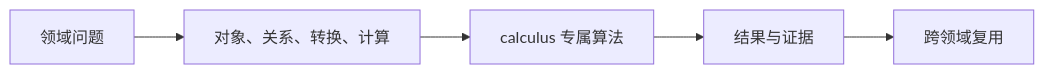
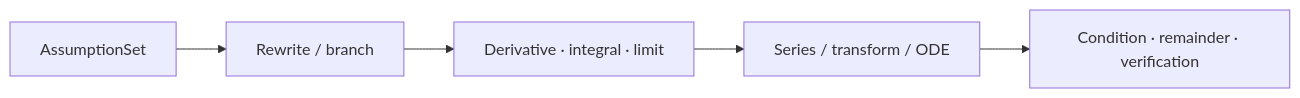
Before and after one commit to ai4waifu/athena.rs: the first of 3 diagrams in projects/athena-engine/src/domains/calculus/readme.md, drawn with Mermaid. The commit also changed other lines of this file and 21 other files, not shown here.

````diff
--- a/projects/athena-engine/src/domains/calculus/readme.md
+++ b/projects/athena-engine/src/domains/calculus/readme.md
@@ -15,7 +15,7 @@
 ```mermaid
 flowchart LR
-    Problem["领域问题"] --> Decompose["对象、关系、转换、计算"]
-    Decompose --> Algorithm["calculus 专属算法"]
-    Algorithm --> Evidence["结果与证据"]
-    Evidence --> Cross["跨领域复用"]
+ A["AssumptionSet"] --> R["Rewrite / branch"]
+ R --> K["Derivative · integral · limit"]
+ K --> S["Series / transform / ODE"]
+ S --> C["Condition · remainder · verification"]
 ```
````
